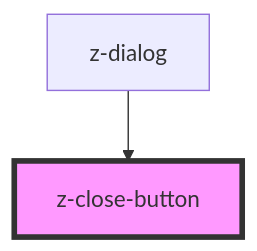
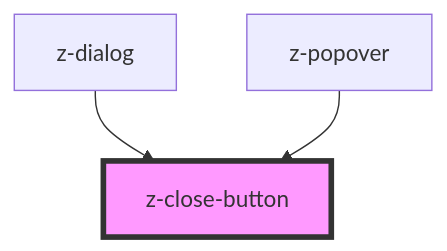
The diagram in packages/stencil-zero/src/components/z-close-button/readme.md (Audiotuete/zero), drawn with Mermaid before and after one commit. The commit also changed other lines of this file and 5 other files, not shown here.

````diff
--- a/packages/stencil-zero/src/components/z-close-button/readme.md
+++ b/packages/stencil-zero/src/components/z-close-button/readme.md
@@ -30,5 +31,6 @@
 ```mermaid
 graph TD;
   z-dialog --> z-close-button
+  z-popover --> z-close-button
   style z-close-button fill:#f9f,stroke:#333,stroke-width:4px
 ```
````
